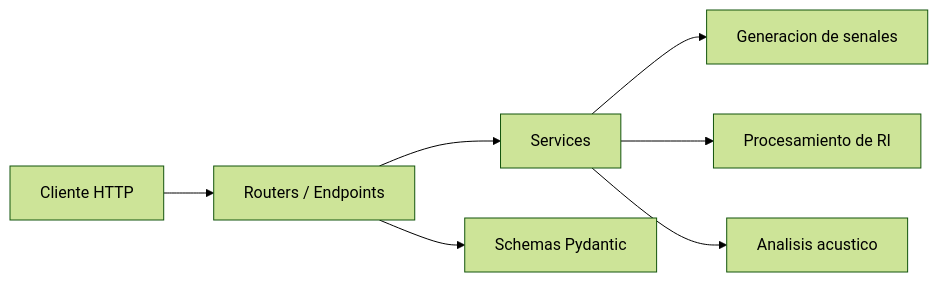
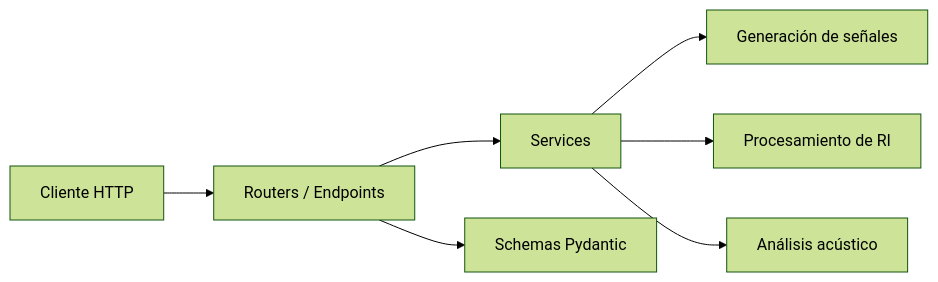
Before and after one commit to maxiyommi/signal-systems: the diagram in trabajo_practico/especificacion/m0_arquitectura.md, drawn with Mermaid (forest theme). The commit also changed other lines of this file and 66 other files, not shown here.

````diff
--- a/trabajo_practico/especificacion/m0_arquitectura.md
+++ b/trabajo_practico/especificacion/m0_arquitectura.md
@@ -101,9 +101,9 @@
 ```mermaid
 graph LR
     Client[Cliente HTTP] --> R[Routers / Endpoints]
     R --> S[Services]
-    S --> G[Generacion de senales]
+    S --> G[Generación de señales]
     S --> P[Procesamiento de RI]
-    S --> A[Analisis acustico]
+    S --> A[Análisis acústico]
     R --> Sch[Schemas Pydantic]
 ```
````
